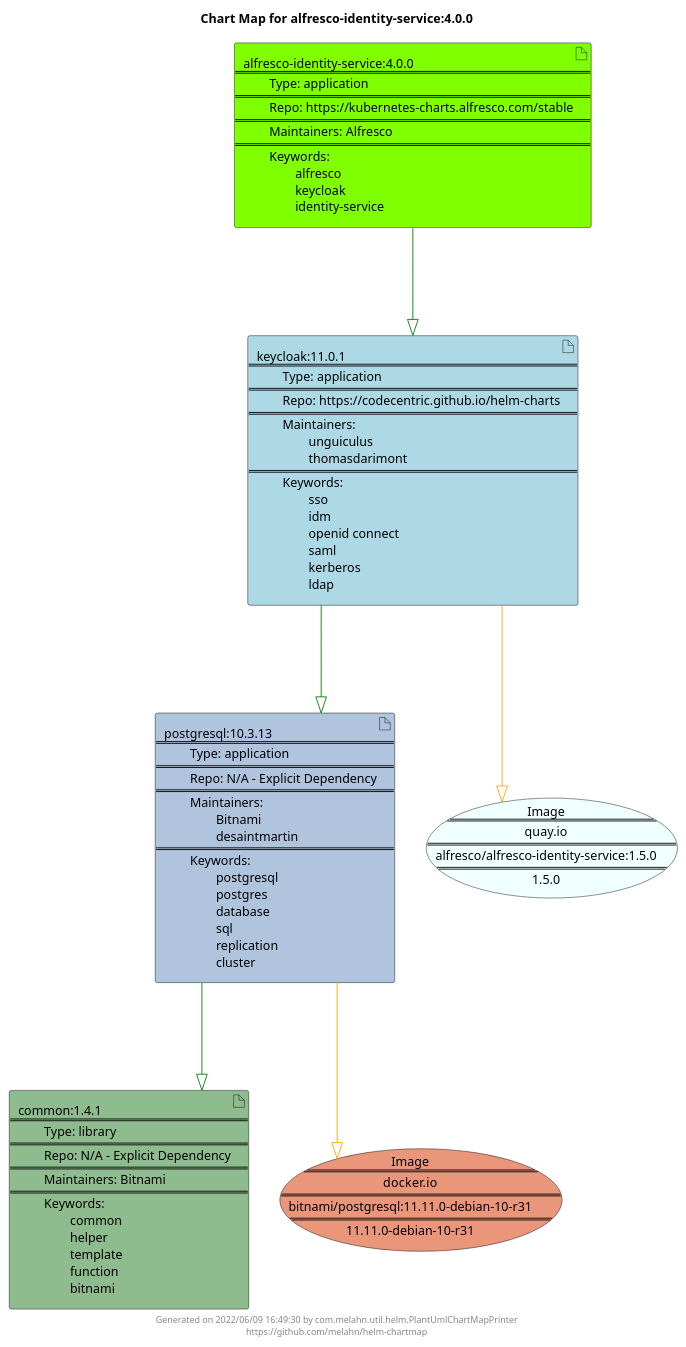
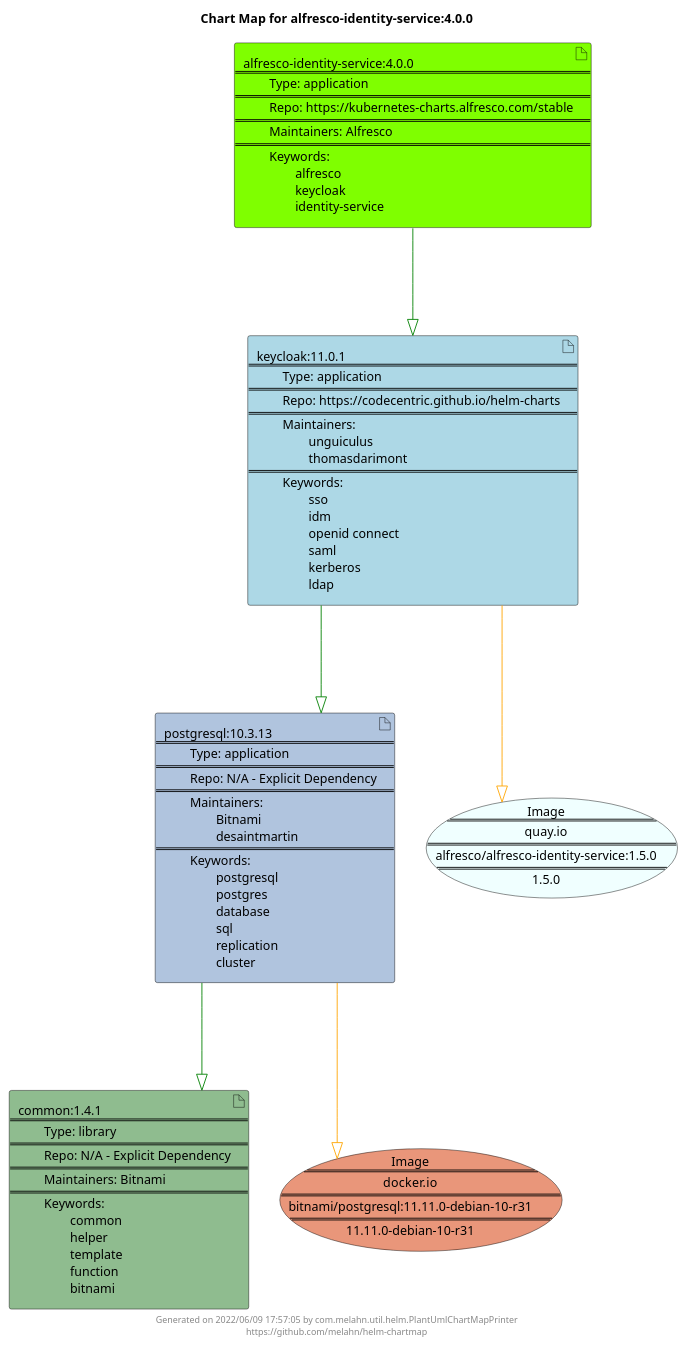
Before and after one commit to melahn/helm-chartmap: the diagram in docs/alfresco-identity-service/alfresco-identity-service-4.0.0.puml, drawn with PlantUML. The commit also changed 59 other files, not shown here.

Commit message:
Update Example Chart Maps as part of GitHub build

```diff
--- a/docs/alfresco-identity-service/alfresco-identity-service-4.0.0.puml
+++ b/docs/alfresco-identity-service/alfresco-identity-service-4.0.0.puml
@@ -1,29 +1,29 @@
 @startuml
 skinparam linetype ortho
 skinparam backgroundColor white
 skinparam usecaseBorderColor black
 skinparam usecaseArrowColor LightSlateGray
 skinparam artifactBorderColor black
 skinparam artifactArrowColor LightSlateGray
 
 title Chart Map for alfresco-identity-service:4.0.0
 
 'There are 4 referenced Helm Charts
 artifact "common:1.4.1\n====\n\tType: library\n====\n\tRepo: N/A - Explicit Dependency\n====\n\tMaintainers: Bitnami\n====\n\tKeywords: \n\t\tcommon\n\t\thelper\n\t\ttemplate\n\t\tfunction\n\t\tbitnami" as common_1_4_1 #DarkSeaGreen
 artifact "alfresco-identity-service:4.0.0\n====\n\tType: application\n====\n\tRepo: https://kubernetes-charts.alfresco.com/stable\n====\n\tMaintainers: Alfresco\n====\n\tKeywords: \n\t\talfresco\n\t\tkeycloak\n\t\tidentity-service" as alfresco_identity_service_4_0_0 #Chartreuse
 artifact "postgresql:10.3.13\n====\n\tType: application\n====\n\tRepo: N/A - Explicit Dependency\n====\n\tMaintainers: \n\t\tBitnami\n\t\tdesaintmartin\n====\n\tKeywords: \n\t\tpostgresql\n\t\tpostgres\n\t\tdatabase\n\t\tsql\n\t\treplication\n\t\tcluster" as postgresql_10_3_13 #LightSteelBlue
 artifact "keycloak:11.0.1\n====\n\tType: application\n====\n\tRepo: https://codecentric.github.io/helm-charts\n====\n\tMaintainers: \n\t\tunguiculus\n\t\tthomasdarimont\n====\n\tKeywords: \n\t\tsso\n\t\tidm\n\t\topenid connect\n\t\tsaml\n\t\tkerberos\n\t\tldap" as keycloak_11_0_1 #LightBlue
 
 'There are 2 referenced Docker Images
 usecase "Image\n====\nquay.io\n====\nalfresco/alfresco-identity-service:1.5.0\n====\n1.5.0" as quay_io_alfresco_alfresco_identity_service_1_5_0 #Azure
 usecase "Image\n====\ndocker.io\n====\nbitnami/postgresql:11.11.0-debian-10-r31\n====\n11.11.0-debian-10-r31" as docker_io_bitnami_postgresql_11_11_0_debian_10_r31 #DarkSalmon
 
 'Chart Dependencies
 alfresco_identity_service_4_0_0--[#green]-|>keycloak_11_0_1
 keycloak_11_0_1--[#green]-|>postgresql_10_3_13
 postgresql_10_3_13--[#green]-|>common_1_4_1
 postgresql_10_3_13--[#orange]-|>docker_io_bitnami_postgresql_11_11_0_debian_10_r31
 keycloak_11_0_1--[#orange]-|>quay_io_alfresco_alfresco_identity_service_1_5_0
 
-center footer Generated on 2022/06/09 16:49:30 by com.melahn.util.helm.PlantUmlChartMapPrinter\nhttps://github.com/melahn/helm-chartmap
+center footer Generated on 2022/06/09 17:57:05 by com.melahn.util.helm.PlantUmlChartMapPrinter\nhttps://github.com/melahn/helm-chartmap
 @enduml
```
